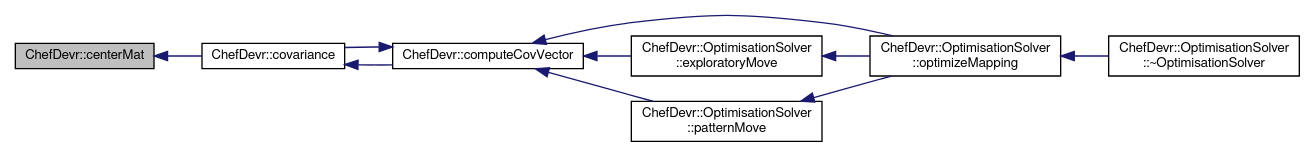
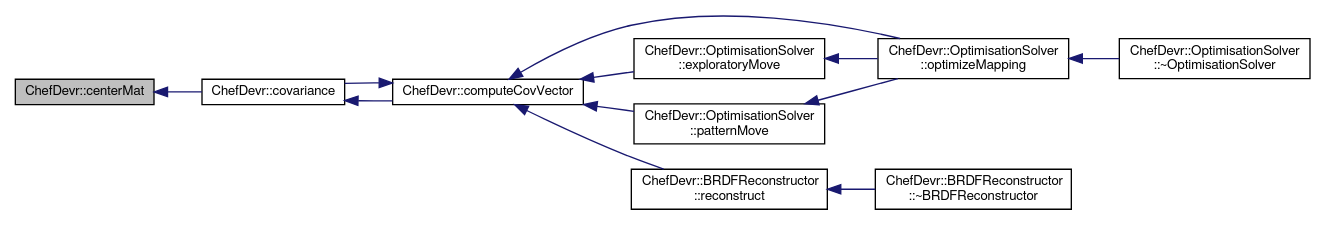
The diagram in docs/namespace_chef_devr_a464db6c1ced4f8bd6b20bb4d6248cb7b_icgraph.dot (bsella/BRDF3000), drawn with Graphviz before and after one commit. The commit also changed 57 other files, not shown here.

```diff
--- a/docs/namespace_chef_devr_a464db6c1ced4f8bd6b20bb4d6248cb7b_icgraph.dot
+++ b/docs/namespace_chef_devr_a464db6c1ced4f8bd6b20bb4d6248cb7b_icgraph.dot
@@ -1,22 +1,26 @@
 digraph "ChefDevr::centerMat"
 {
   edge [fontname="FreeSans",fontsize="10",labelfontname="FreeSans",labelfontsize="10"];
   node [fontname="FreeSans",fontsize="10",shape=record];
   rankdir="LR";
   Node1 [label="ChefDevr::centerMat",height=0.2,width=0.4,color="black", fillcolor="grey75", style="filled", fontcolor="black"];
   Node1 -> Node2 [dir="back",color="midnightblue",fontsize="10",style="solid",fontname="FreeSans"];
   Node2 [label="ChefDevr::covariance",height=0.2,width=0.4,color="black", fillcolor="white", style="filled",URL="$namespace_chef_devr.html#a13ff4baef0481276d6b78f9d47297d0d",tooltip="Covariance function given in the research paper : A Versatile Parametrization for Measured Materials ..."];
   Node2 -> Node3 [dir="back",color="midnightblue",fontsize="10",style="solid",fontname="FreeSans"];
-  Node3 [label="ChefDevr::computeCovVector",height=0.2,width=0.4,color="black", fillcolor="white", style="filled",URL="$namespace_chef_devr.html#a349022012a8c5dc5757ba21824878766",tooltip="Computes the covariance column vector for the lv_num&#39;th latent variable. "];
+  Node3 [label="ChefDevr::computeCovVector",height=0.2,width=0.4,color="black", fillcolor="white", style="filled",URL="$namespace_chef_devr.html#a596a285a8d77aad17878f22f23689861",tooltip="Computes the covariance column vector for the coordRef coordinates variable. "];
   Node3 -> Node4 [dir="back",color="midnightblue",fontsize="10",style="solid",fontname="FreeSans"];
   Node4 [label="ChefDevr::OptimisationSolver\l::optimizeMapping",height=0.2,width=0.4,color="black", fillcolor="white", style="filled",URL="$class_chef_devr_1_1_optimisation_solver.html#ac071d573e4155176f151f9413ef7b107",tooltip="Computes the optimized parametrisation of the BRDFs manifold. Uses Hook & Jeeves method to solve the ..."];
   Node4 -> Node5 [dir="back",color="midnightblue",fontsize="10",style="solid",fontname="FreeSans"];
   Node5 [label="ChefDevr::OptimisationSolver\l::~OptimisationSolver",height=0.2,width=0.4,color="black", fillcolor="white", style="filled",URL="$class_chef_devr_1_1_optimisation_solver.html#a5cb2221de8949571cd64eb7aa270fd48"];
   Node3 -> Node6 [dir="back",color="midnightblue",fontsize="10",style="solid",fontname="FreeSans"];
   Node6 [label="ChefDevr::OptimisationSolver\l::exploratoryMove",height=0.2,width=0.4,color="black", fillcolor="white", style="filled",URL="$class_chef_devr_1_1_optimisation_solver.html#a515eb2a32af01d73c8a7c0be3ebd5aba",tooltip="Updates the movement vector of X that improves the solution (X_move) "];
   Node6 -> Node4 [dir="back",color="midnightblue",fontsize="10",style="solid",fontname="FreeSans"];
   Node3 -> Node7 [dir="back",color="midnightblue",fontsize="10",style="solid",fontname="FreeSans"];
   Node7 [label="ChefDevr::OptimisationSolver\l::patternMove",height=0.2,width=0.4,color="black", fillcolor="white", style="filled",URL="$class_chef_devr_1_1_optimisation_solver.html#a521476ed550af6cdf431015c9af20498",tooltip="Apply X_move to the latent variable vector X. Updates new_X, new_K_minus1, new_detK accordingly..."];
   Node7 -> Node4 [dir="back",color="midnightblue",fontsize="10",style="solid",fontname="FreeSans"];
   Node3 -> Node2 [dir="back",color="midnightblue",fontsize="10",style="solid",fontname="FreeSans"];
+  Node3 -> Node8 [dir="back",color="midnightblue",fontsize="10",style="solid",fontname="FreeSans"];
+  Node8 [label="ChefDevr::BRDFReconstructor\l::reconstruct",height=0.2,width=0.4,color="black", fillcolor="white", style="filled",URL="$class_chef_devr_1_1_b_r_d_f_reconstructor.html#a3f29882c04874bc83a68e008a0542f03",tooltip="Reconstructs a BRDF for latent space coordinates. "];
+  Node8 -> Node9 [dir="back",color="midnightblue",fontsize="10",style="solid",fontname="FreeSans"];
+  Node9 [label="ChefDevr::BRDFReconstructor\l::~BRDFReconstructor",height=0.2,width=0.4,color="black", fillcolor="white", style="filled",URL="$class_chef_devr_1_1_b_r_d_f_reconstructor.html#a8943b55072cbcf99bd09553917c1ce68"];
 }
```
